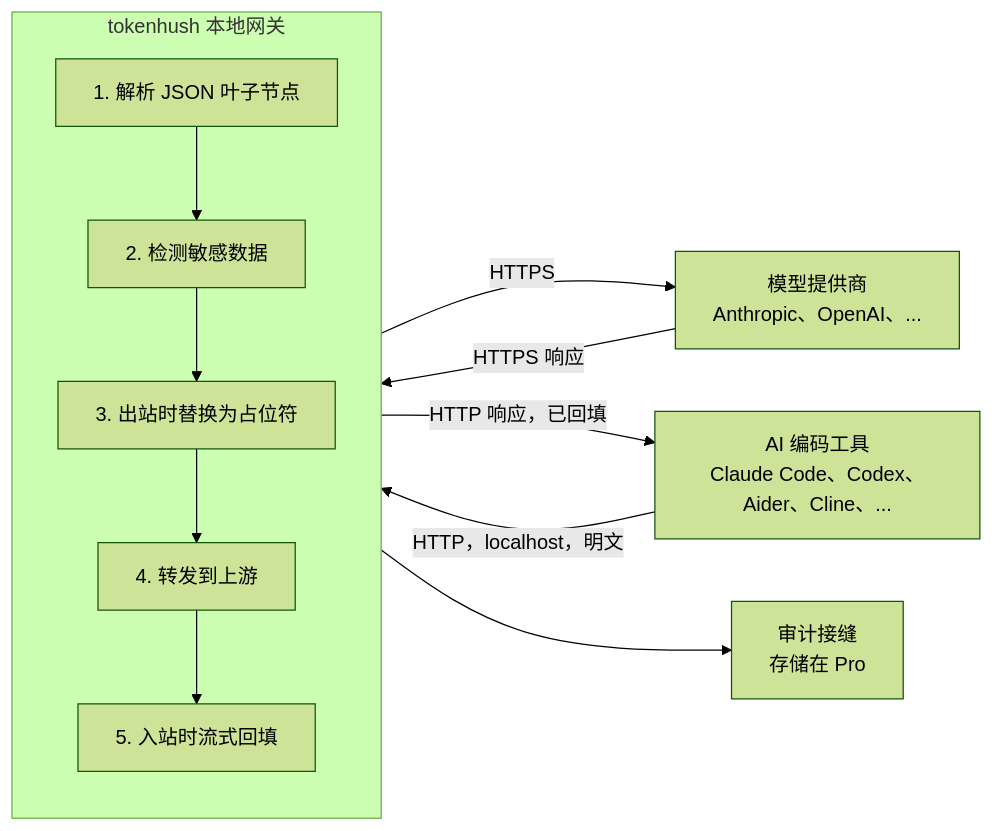
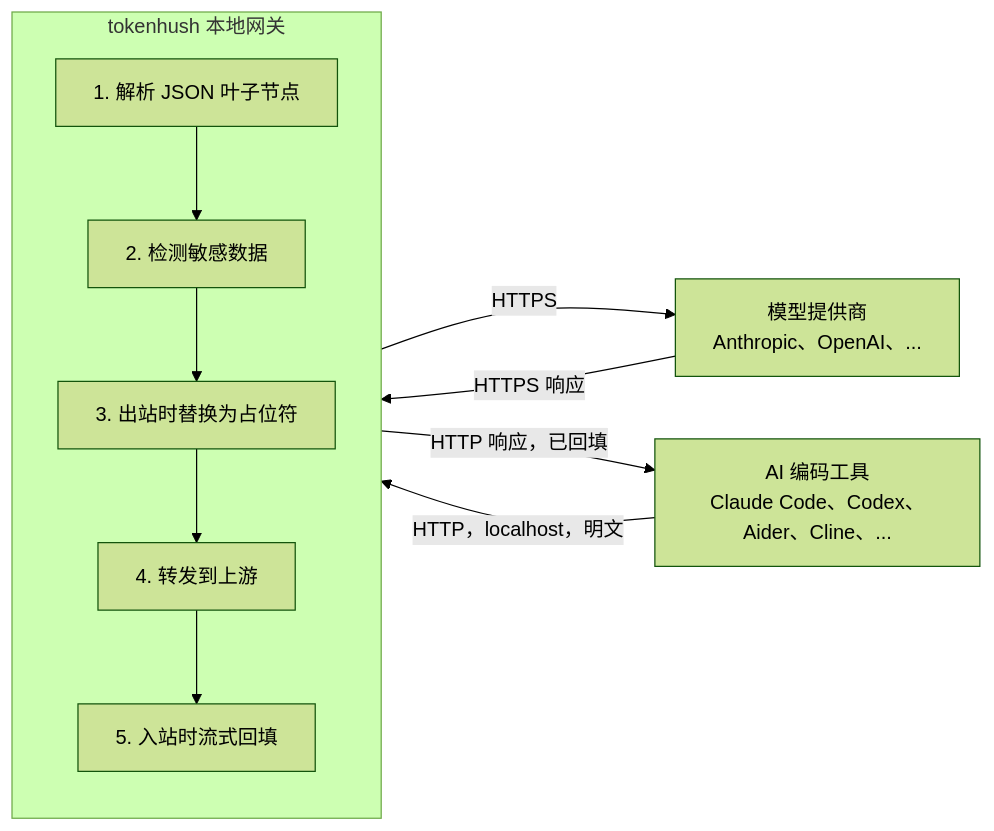
One commit to fregie/tokenhush changed the diagram in docs/architecture.zh-CN.md. Above: the diagram before and after it, drawn with Mermaid (forest theme). The commit also changed other lines of this file and 19 other files, not shown here.

````diff
--- a/docs/architecture.zh-CN.md
+++ b/docs/architecture.zh-CN.md
@@ -29,22 +28,20 @@
 ```mermaid
 flowchart LR
   Tool["AI 编码工具<br/>Claude Code、Codex、Aider、Cline、..."]
   Up["模型提供商<br/>Anthropic、OpenAI、..."]
-  Store["审计接缝<br/>存储在 Pro"]
 
   subgraph GW["tokenhush 本地网关"]
     direction TB
     S1["1. 解析 JSON 叶子节点"]
     S2["2. 检测敏感数据"]
     S3["3. 出站时替换为占位符"]
     S4["4. 转发到上游"]
     S5["5. 入站时流式回填"]
     S1 --> S2 --> S3 --> S4 --> S5
   end
 
   Tool -- "HTTP，localhost，明文" --> GW
   GW -- "HTTPS" --> Up
   Up -- "HTTPS 响应" --> GW
   GW -- "HTTP 响应，已回填" --> Tool
-  GW --> Store
 ```
````
